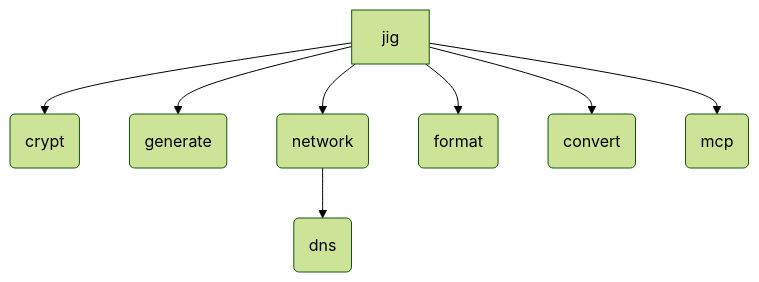
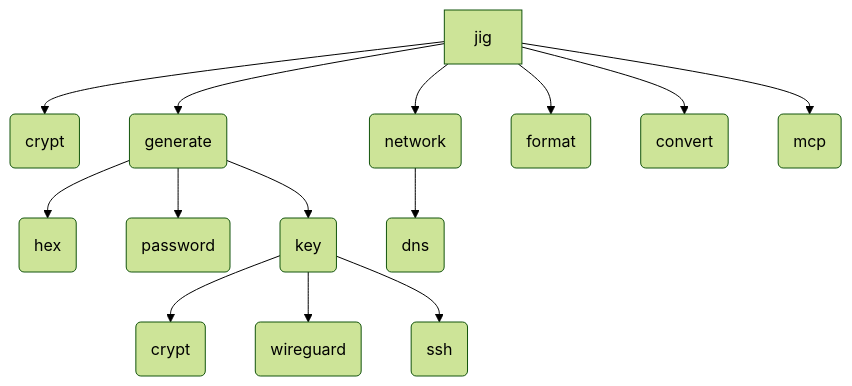
Before and after one commit to daveio/jig: the diagram in PLAN.md, drawn with Mermaid (forest theme).

Commit message:
📝 Update PLAN.md with expanded command structure diagram
Add detailed subcommands for generate and network commands to better
document the CLI tool's functionality. The generate command now shows
hex, password, and key options, with key further branching into crypt,
wireguard, and ssh variants. Improved indentation for better readability
of the hierarchical structure.

````diff
--- a/PLAN.md
+++ b/PLAN.md
@@ -18,10 +18,16 @@
 ```mermaid
 graph TD
   A[jig] --> 1(crypt)
   A --> 3(generate)
+    3 --> 3A(hex)
+    3 --> 3B(password)
+    3 --> 3C(key)
+      3C --> 3C1(crypt)
+      3C --> 3C2(wireguard)
+      3C --> 3C3(ssh)
   A --> 4(network)
-  4 --> 4A(dns)
+    4 --> 4A(dns)
   A --> 5(format)
   A --> 6(convert)
   A --> 7(mcp)
 ```
````
